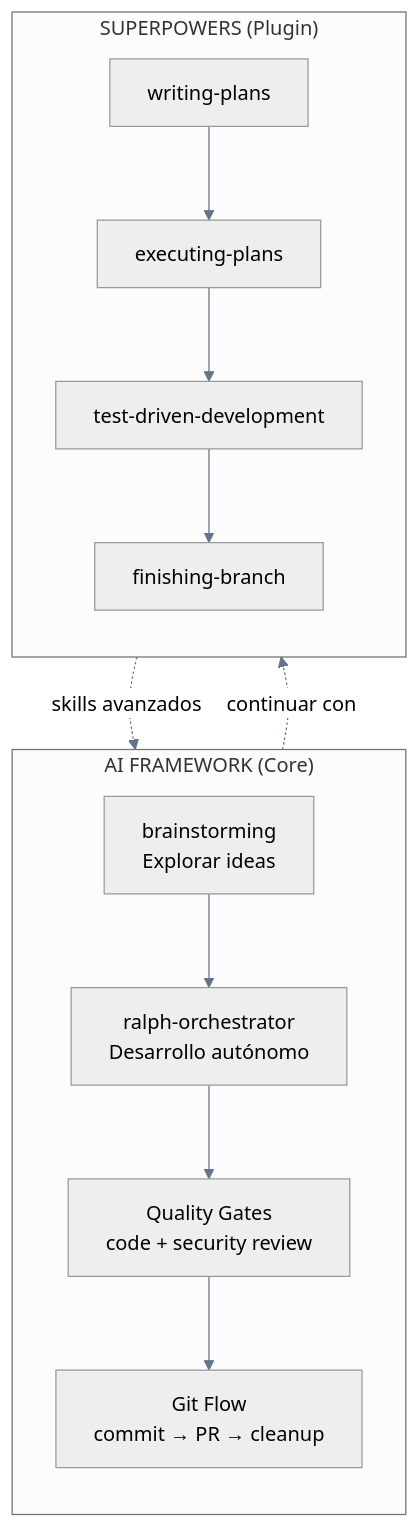
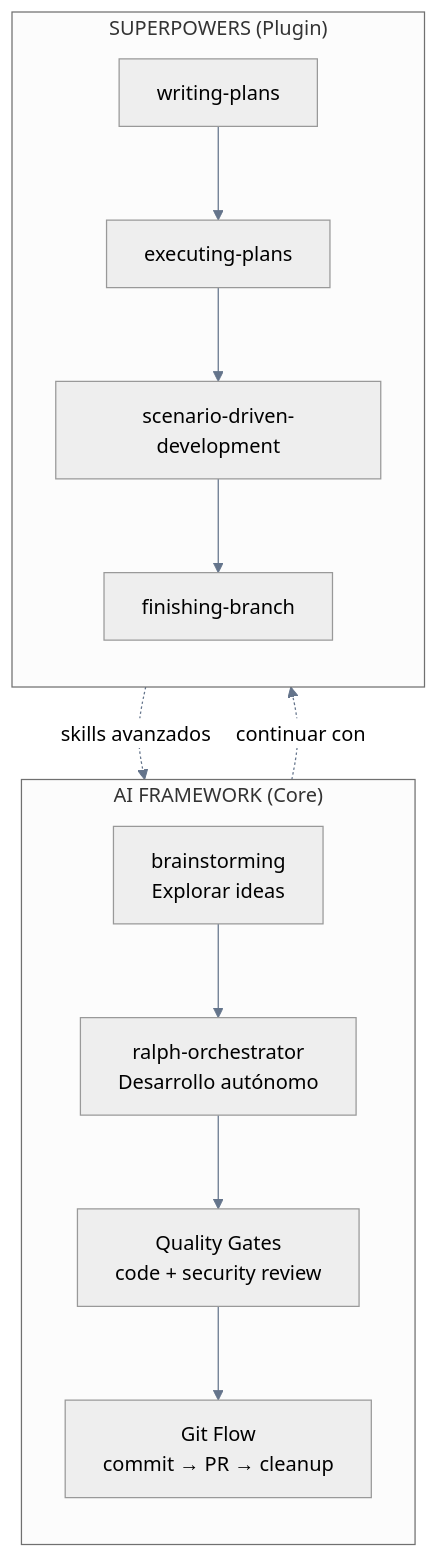
The diagram in human-handbook/docs/ai-first-workflow.md (Dario-Arcos/ai-framework), drawn with Mermaid before and after one commit. The commit also changed other lines of this file and 31 other files, not shown here.

First line of the commit message:
refactor(skills): complete TDD→SDD paradigm shift across entire framework

````diff
--- a/human-handbook/docs/ai-first-workflow.md
+++ b/human-handbook/docs/ai-first-workflow.md
@@ -9,20 +9,20 @@
 ```mermaid
 %%{init: {'theme': 'neutral', 'themeVariables': { 'primaryColor': '#6366f1', 'primaryTextColor': '#1e293b', 'primaryBorderColor': '#4f46e5', 'lineColor': '#64748b', 'secondaryColor': '#f1f5f9', 'tertiaryColor': '#e2e8f0'}}}%%
 flowchart TB
     subgraph CORE["AI FRAMEWORK (Core)"]
         direction TB
         BR[brainstorming<br/>Explorar ideas] --> RL[ralph-orchestrator<br/>Desarrollo autónomo]
         RL --> QG[Quality Gates<br/>code + security review]
         QG --> GIT[Git Flow<br/>commit → PR → cleanup]
     end
 
     subgraph EXT["SUPERPOWERS (Plugin)"]
         direction TB
         WP[writing-plans] --> EP[executing-plans]
-        EP --> TDD[test-driven-development]
-        TDD --> FB[finishing-branch]
+        EP --> SDD[scenario-driven-development]
+        SDD --> FB[finishing-branch]
     end
 
     BR -.->|"continuar con"| EXT
     EXT -.->|"skills avanzados"| CORE
 ```
````
